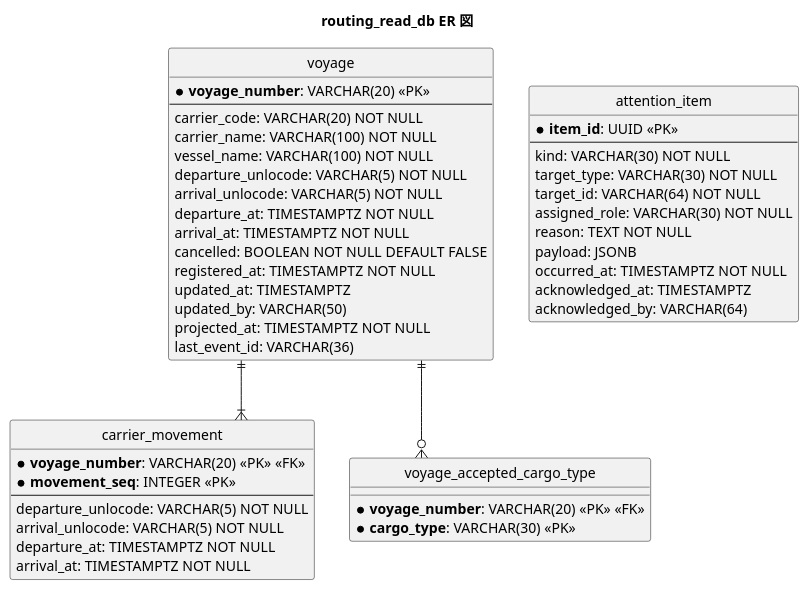
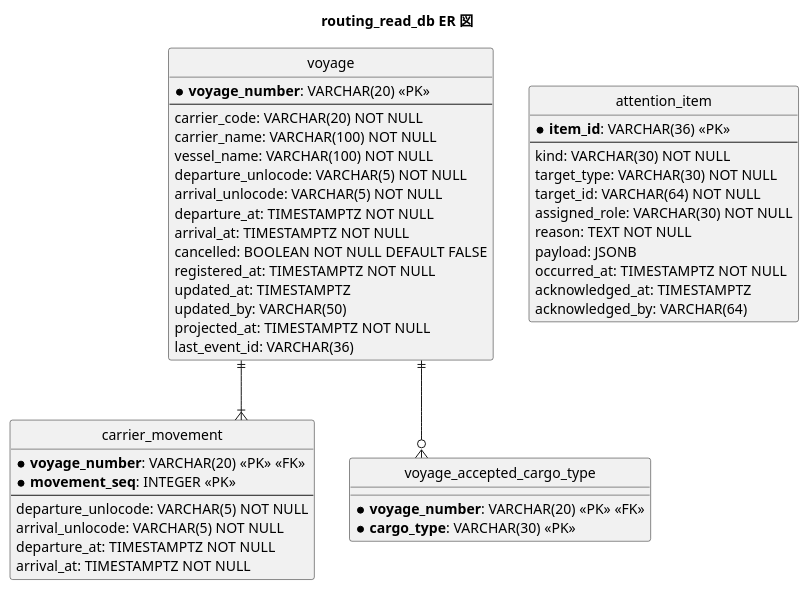
The fifth of 10 diagrams in docs/design/cargo-tracker/data-model.md (k2works/case-study-cargo-tracker), drawn with PlantUML before and after one commit. The commit also changed other lines of this file and 9 other files, not shown here.

````diff
--- a/docs/design/cargo-tracker/data-model.md
+++ b/docs/design/cargo-tracker/data-model.md
@@ -390,59 +390,59 @@
 ```plantuml
 @startuml
 title routing_read_db ER 図
 
 hide circle
 skinparam linetype ortho
 
 entity "voyage" as v {
   * **voyage_number**: VARCHAR(20) <<PK>>
   --
   carrier_code: VARCHAR(20) NOT NULL
   carrier_name: VARCHAR(100) NOT NULL
   vessel_name: VARCHAR(100) NOT NULL
   departure_unlocode: VARCHAR(5) NOT NULL
   arrival_unlocode: VARCHAR(5) NOT NULL
   departure_at: TIMESTAMPTZ NOT NULL
   arrival_at: TIMESTAMPTZ NOT NULL
   cancelled: BOOLEAN NOT NULL DEFAULT FALSE
   registered_at: TIMESTAMPTZ NOT NULL
   updated_at: TIMESTAMPTZ
   updated_by: VARCHAR(50)
   projected_at: TIMESTAMPTZ NOT NULL
   last_event_id: VARCHAR(36)
 }
 
 entity "carrier_movement" as cm {
   * **voyage_number**: VARCHAR(20) <<PK>> <<FK>>
   * **movement_seq**: INTEGER <<PK>>
   --
   departure_unlocode: VARCHAR(5) NOT NULL
   arrival_unlocode: VARCHAR(5) NOT NULL
   departure_at: TIMESTAMPTZ NOT NULL
   arrival_at: TIMESTAMPTZ NOT NULL
 }
 
 entity "voyage_accepted_cargo_type" as act {
   * **voyage_number**: VARCHAR(20) <<PK>> <<FK>>
   * **cargo_type**: VARCHAR(30) <<PK>>
 }
 
 ' 追記専用の受け皿。投影ではないので voyage とは関連を張らない
 entity "attention_item" as ai {
-  * **item_id**: UUID <<PK>>
+  * **item_id**: VARCHAR(36) <<PK>>
   --
   kind: VARCHAR(30) NOT NULL
   target_type: VARCHAR(30) NOT NULL
   target_id: VARCHAR(64) NOT NULL
   assigned_role: VARCHAR(30) NOT NULL
   reason: TEXT NOT NULL
   payload: JSONB
   occurred_at: TIMESTAMPTZ NOT NULL
   acknowledged_at: TIMESTAMPTZ
   acknowledged_by: VARCHAR(64)
 }
 
 v ||--|{ cm
 v ||--o{ act
 @enduml
 ```
````
